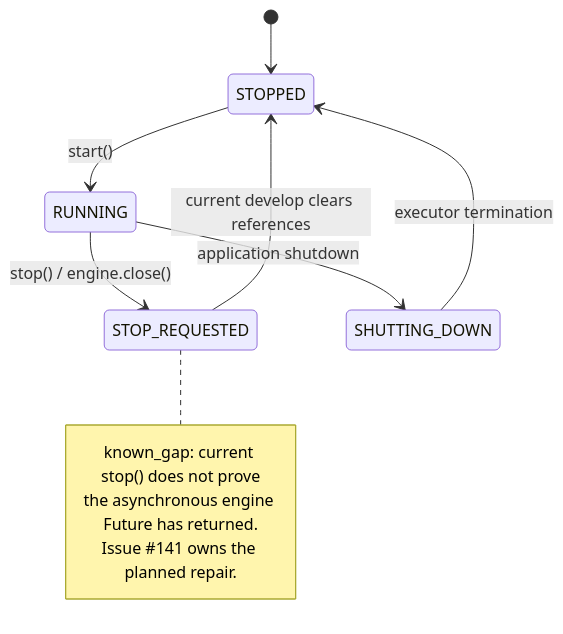
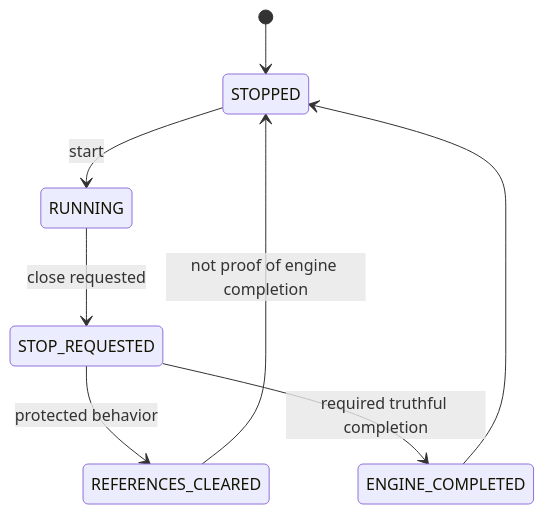
The seventh of 9 diagrams in ARCHITECTURE.md (ContextualWisdomLab/mightyETL), drawn with Mermaid before and after one commit. The commit also changed other lines of this file, not shown here.

Commit message:
docs: add cross-cutting architecture authorities

````diff
--- a/ARCHITECTURE.md
+++ b/ARCHITECTURE.md
@@ -175,15 +167,10 @@
 ```mermaid
 stateDiagram-v2
     [*] --> STOPPED
-    STOPPED --> RUNNING: start()
-    RUNNING --> STOP_REQUESTED: stop() / engine.close()
-    STOP_REQUESTED --> STOPPED: current develop clears references
-    RUNNING --> SHUTTING_DOWN: application shutdown
-    SHUTTING_DOWN --> STOPPED: executor termination
-
-    note right of STOP_REQUESTED
-      known_gap: current stop() does not prove
-      the asynchronous engine Future has returned.
-      Issue #141 owns the planned repair.
-    end note
+    STOPPED --> RUNNING: start
+    RUNNING --> STOP_REQUESTED: close requested
+    STOP_REQUESTED --> REFERENCES_CLEARED: protected behavior
+    STOP_REQUESTED --> ENGINE_COMPLETED: required truthful completion
+    ENGINE_COMPLETED --> STOPPED
+    REFERENCES_CLEARED --> STOPPED: not proof of engine completion
 ```
````
